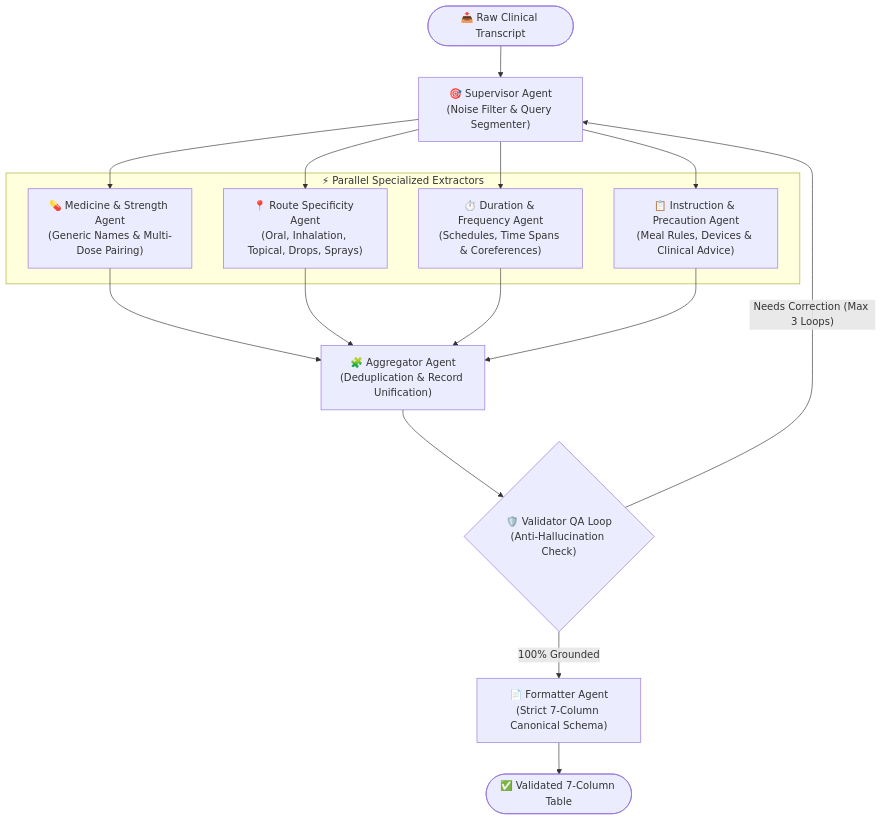
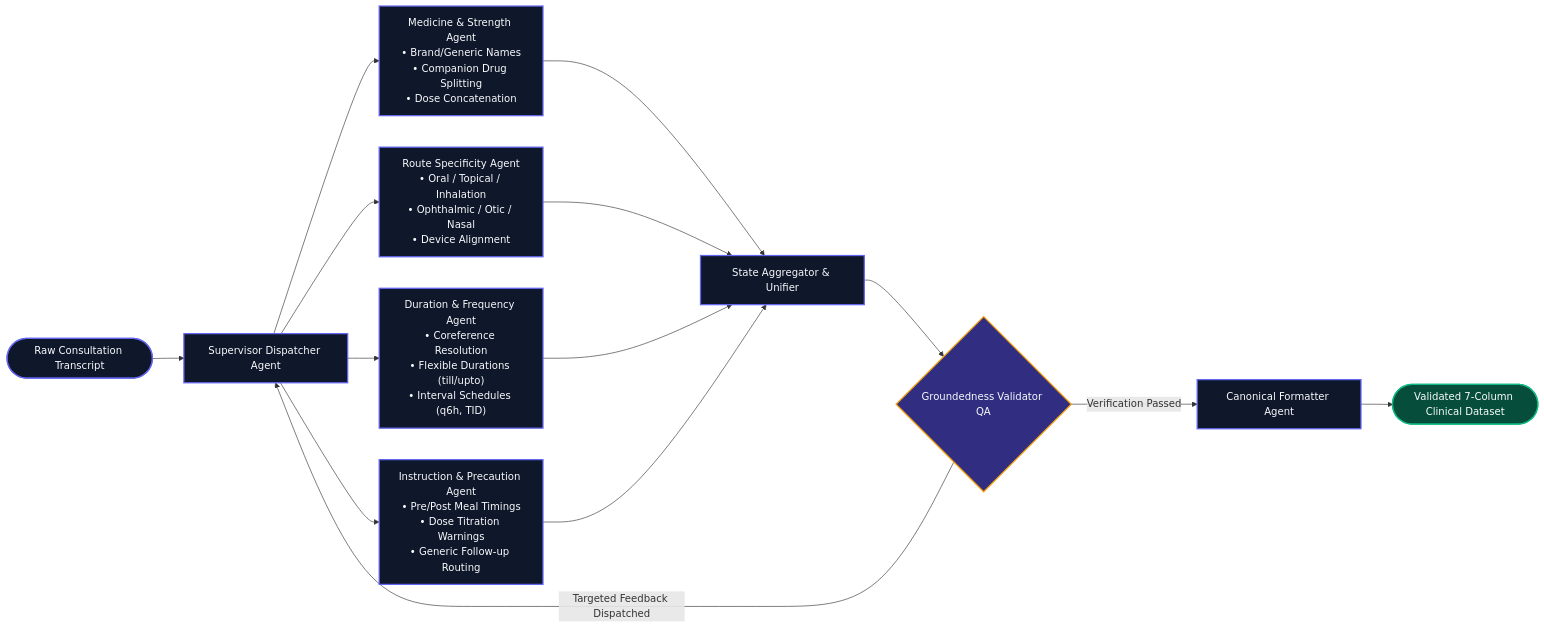
One commit to AbhinavEliac/Agentic_Prescription_Generator changed the second of 2 diagrams in README.md. Above: the diagram before and after it, drawn with Mermaid. The commit also changed other lines of this file, not shown here.

Commit message:
Publish enterprise-grade documentation with publication-ready system flowcharts, schemas, and author credentials

````diff
--- a/README.md
+++ b/README.md
@@ -73,28 +99,25 @@
 ```mermaid
-flowchart TD
-    In(["📥 Raw Clinical Transcript"]) --> Sup["🎯 Supervisor Agent<br/>(Noise Filter & Query Segmenter)"]
-    
-    subgraph ParallelAgents ["⚡ Parallel Specialized Extractors"]
-        Med["💊 Medicine & Strength Agent<br/>(Generic Names & Multi-Dose Pairing)"]
-        Route["📍 Route Specificity Agent<br/>(Oral, Inhalation, Topical, Drops, Sprays)"]
-        DurFreq["⏱️ Duration & Frequency Agent<br/>(Schedules, Time Spans & Coreferences)"]
-        Inst["📋 Instruction & Precaution Agent<br/>(Meal Rules, Devices & Clinical Advice)"]
-    end
-    
-    Sup --> Med
-    Sup --> Route
-    Sup --> DurFreq
-    Sup --> Inst
-    
-    Med --> Agg["🧩 Aggregator Agent<br/>(Deduplication & Record Unification)"]
-    Route --> Agg
-    DurFreq --> Agg
-    Inst --> Agg
-    
-    Agg --> Val{"🛡️ Validator QA Loop<br/>(Anti-Hallucination Check)"}
-    
-    Val -- "Needs Correction (Max 3 Loops)" --> Sup
-    Val -- "100% Grounded" --> Form["📄 Formatter Agent<br/>(Strict 7-Column Canonical Schema)"]
-    
-    Form --> Out(["✅ Validated 7-Column Table"])
+flowchart LR
+    classDef nodeStyle fill:#0F172A,stroke:#6366F1,stroke-width:2px,color:#F8FAFC;
+    classDef evalStyle fill:#312E81,stroke:#F59E0B,stroke-width:2px,color:#F8FAFC;
+    classDef outStyle fill:#064E3B,stroke:#10B981,stroke-width:2px,color:#F8FAFC;
+
+    RawInput(["Raw Consultation Transcript"]):::nodeStyle --> Sup["Supervisor Dispatcher Agent"]:::nodeStyle
+
+    Sup --> MedAgent["Medicine & Strength Agent<br/>• Brand/Generic Names<br/>• Companion Drug Splitting<br/>• Dose Concatenation"]:::nodeStyle
+    Sup --> RouteAgent["Route Specificity Agent<br/>• Oral / Topical / Inhalation<br/>• Ophthalmic / Otic / Nasal<br/>• Device Alignment"]:::nodeStyle
+    Sup --> DurFreqAgent["Duration & Frequency Agent<br/>• Coreference Resolution<br/>• Flexible Durations (till/upto)<br/>• Interval Schedules (q6h, TID)"]:::nodeStyle
+    Sup --> InstAgent["Instruction & Precaution Agent<br/>• Pre/Post Meal Timings<br/>• Dose Titration Warnings<br/>• Generic Follow-up Routing"]:::nodeStyle
+
+    MedAgent --> Agg["State Aggregator & Unifier"]:::nodeStyle
+    RouteAgent --> Agg
+    DurFreqAgent --> Agg
+    InstAgent --> Agg
+
+    Agg --> QAValidator{"Groundedness Validator QA"}:::evalStyle
+
+    QAValidator -- "Targeted Feedback Dispatched" --> Sup
+    QAValidator -- "Verification Passed" --> Formatter["Canonical Formatter Agent"]:::nodeStyle
+
+    Formatter --> ValidOutput(["Validated 7-Column Clinical Dataset"]):::outStyle
 ```
````
